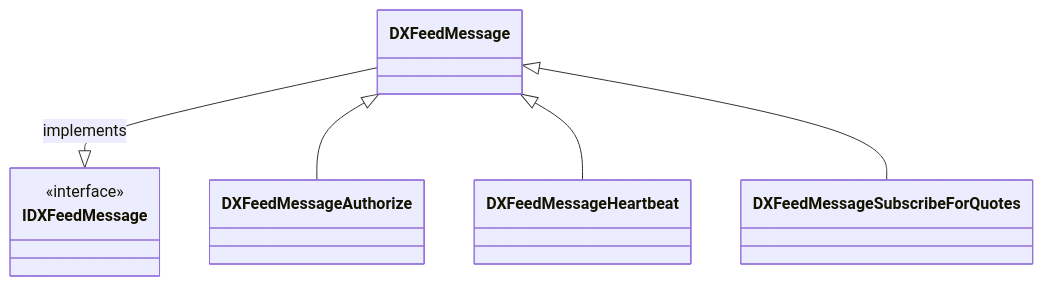
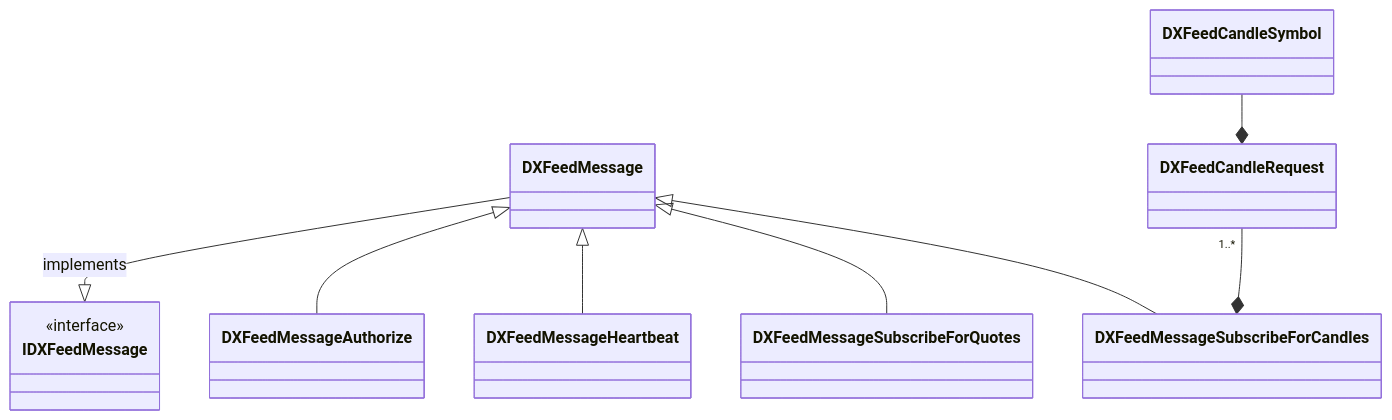
One commit to nikolaygekht/DXFeed.Net changed the first of 3 diagrams in Doc/Details/dxfeedmessage.md. Above: the diagram before and after it, drawn with Mermaid. The commit also changed 27 other files, not shown here.

````diff
--- a/Doc/Details/dxfeedmessage.md
+++ b/Doc/Details/dxfeedmessage.md
@@ -7,18 +7,21 @@
 ```mermaid
 classDiagram
 
 class IDXFeedMessage
 <<interface>> IDXFeedMessage
 
 class DXFeedMessage
 
 class DXFeedMessageAuthorize
 
 class DXFeedMessageHeartbeat
 
 DXFeedMessage --|> IDXFeedMessage : implements
 
 DXFeedMessage <|-- DXFeedMessageAuthorize
 DXFeedMessage <|-- DXFeedMessageHeartbeat
 DXFeedMessage <|-- DXFeedMessageSubscribeForQuotes
+DXFeedMessage <|-- DXFeedMessageSubscribeForCandles
+DXFeedCandleRequest "1..*" --* DXFeedMessageSubscribeForCandles
+DXFeedCandleSymbol --* DXFeedCandleRequest
 ```
````
